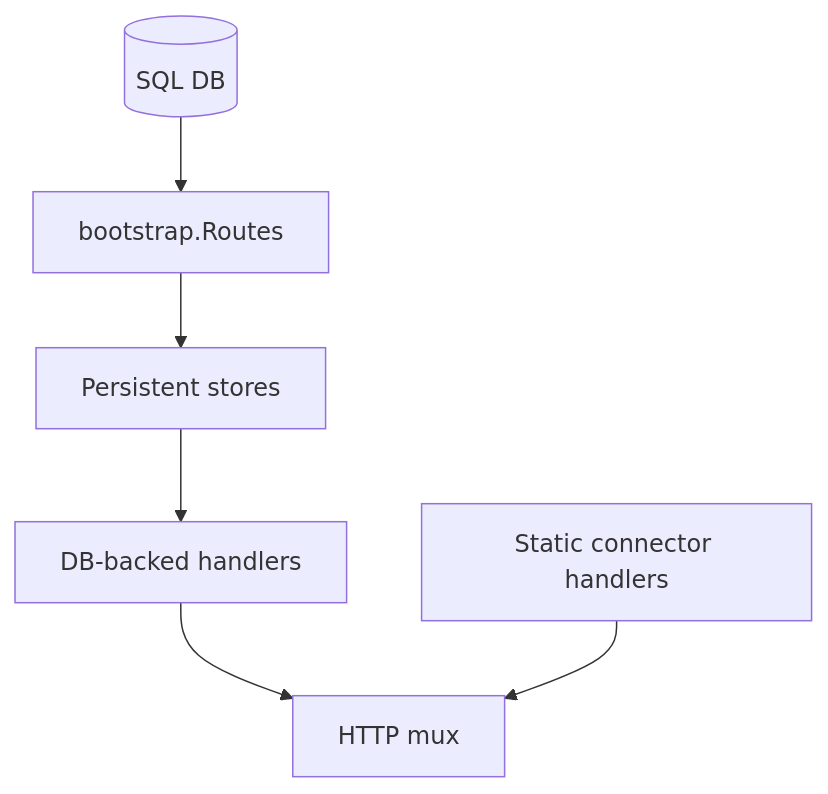
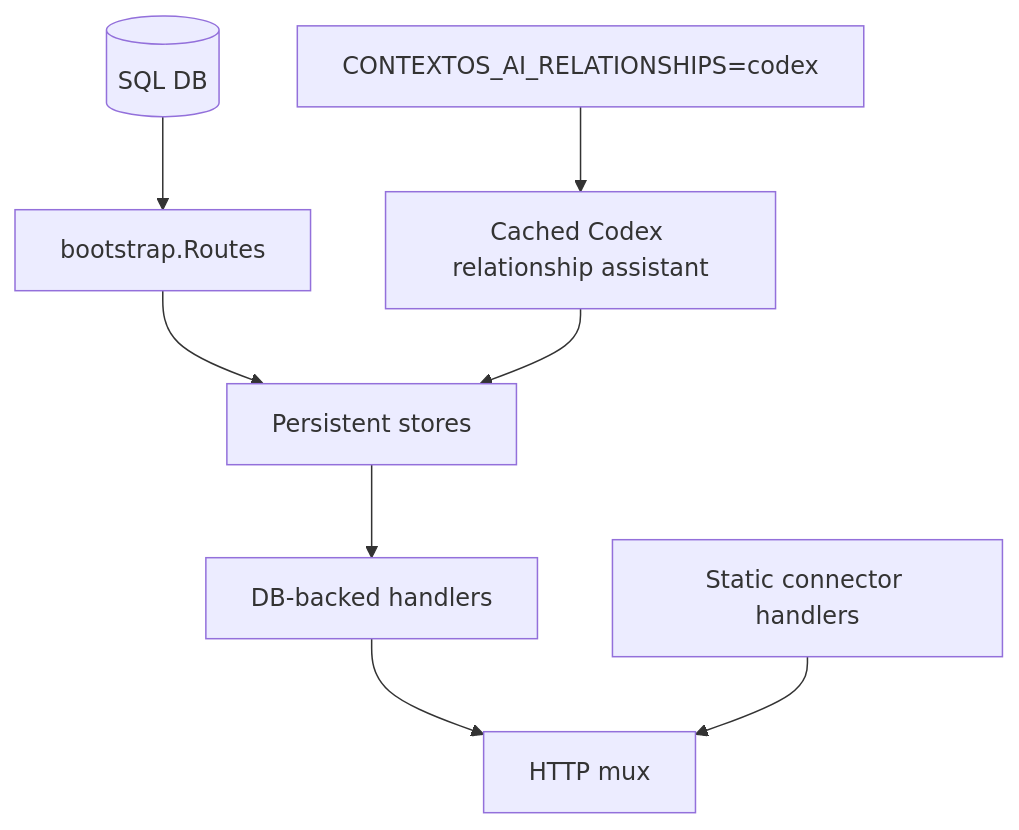
One commit to sx-tane/context-os changed the diagram in apps/api/bootstrap/README.md. Above: the diagram before and after it, drawn with Mermaid. The commit also changed other lines of this file and 26 other files, not shown here.

````diff
--- a/apps/api/bootstrap/README.md
+++ b/apps/api/bootstrap/README.md
@@ -14,8 +16,10 @@
 ```mermaid
 flowchart TD
   DB[(SQL DB)] --> B[bootstrap.Routes]
   B --> S[Persistent stores]
+  ENV[CONTEXTOS_AI_RELATIONSHIPS=codex] --> A[Cached Codex relationship assistant]
+  A --> S
   S --> H[DB-backed handlers]
   H --> M[HTTP mux]
   C[Static connector handlers] --> M
 ```
````
